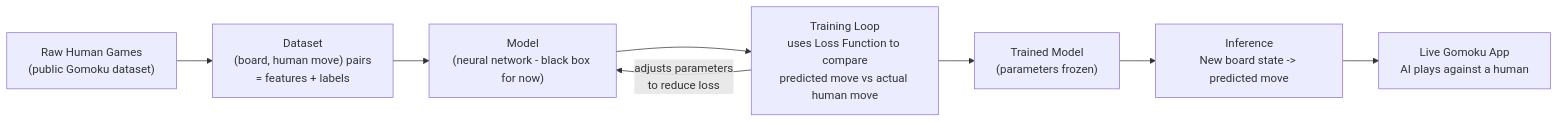
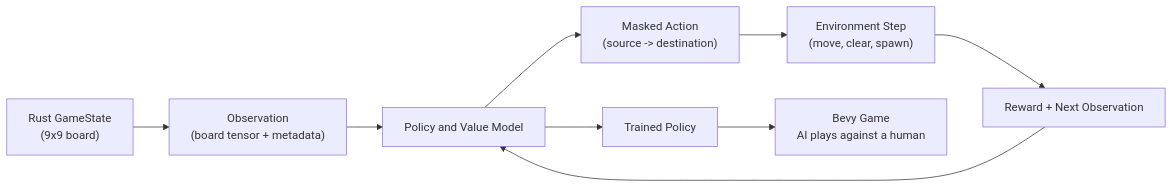
One commit to Kunal-Kamod25/Five-Or-More-With-AI changed the diagram in docs/pipeline_diagram.md. Above: the diagram before and after it, drawn with Mermaid. The commit also changed other lines of this file and 8 other files, not shown here.

````diff
--- a/docs/pipeline_diagram.md
+++ b/docs/pipeline_diagram.md
@@ -7,10 +6,11 @@
 ```mermaid
 flowchart LR
-    A["Raw Human Games<br/>(public Gomoku dataset)"] --> B["Dataset<br/>(board, human move) pairs<br/>= features + labels"]
-    B --> C["Model<br/>(neural network - black box for now)"]
-    C --> D["Training Loop<br/>uses Loss Function to compare<br/>predicted move vs actual human move"]
-    D -->|"adjusts parameters<br/>to reduce loss"| C
-    D --> E["Trained Model<br/>(parameters frozen)"]
-    E --> F["Inference<br/>New board state -> predicted move"]
-    F --> G["Live Gomoku App<br/>AI plays against a human"]
+   A["Rust GameState<br/>(9x9 board)"] --> B["Observation<br/>(board tensor + metadata)"]
+   B --> C["Policy and Value Model"]
+   C --> D["Masked Action<br/>(source -> destination)"]
+   D --> E["Environment Step<br/>(move, clear, spawn)"]
+   E --> F["Reward + Next Observation"]
+   F --> C
+   C --> G["Trained Policy"]
+   G --> H["Bevy Game<br/>AI plays against a human"]
 ```
````
